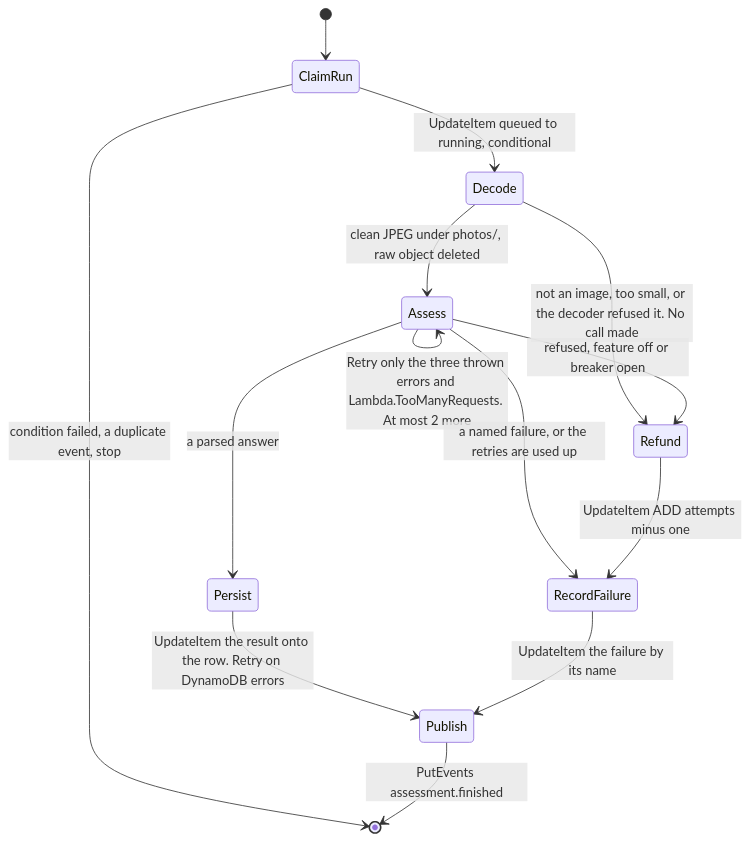
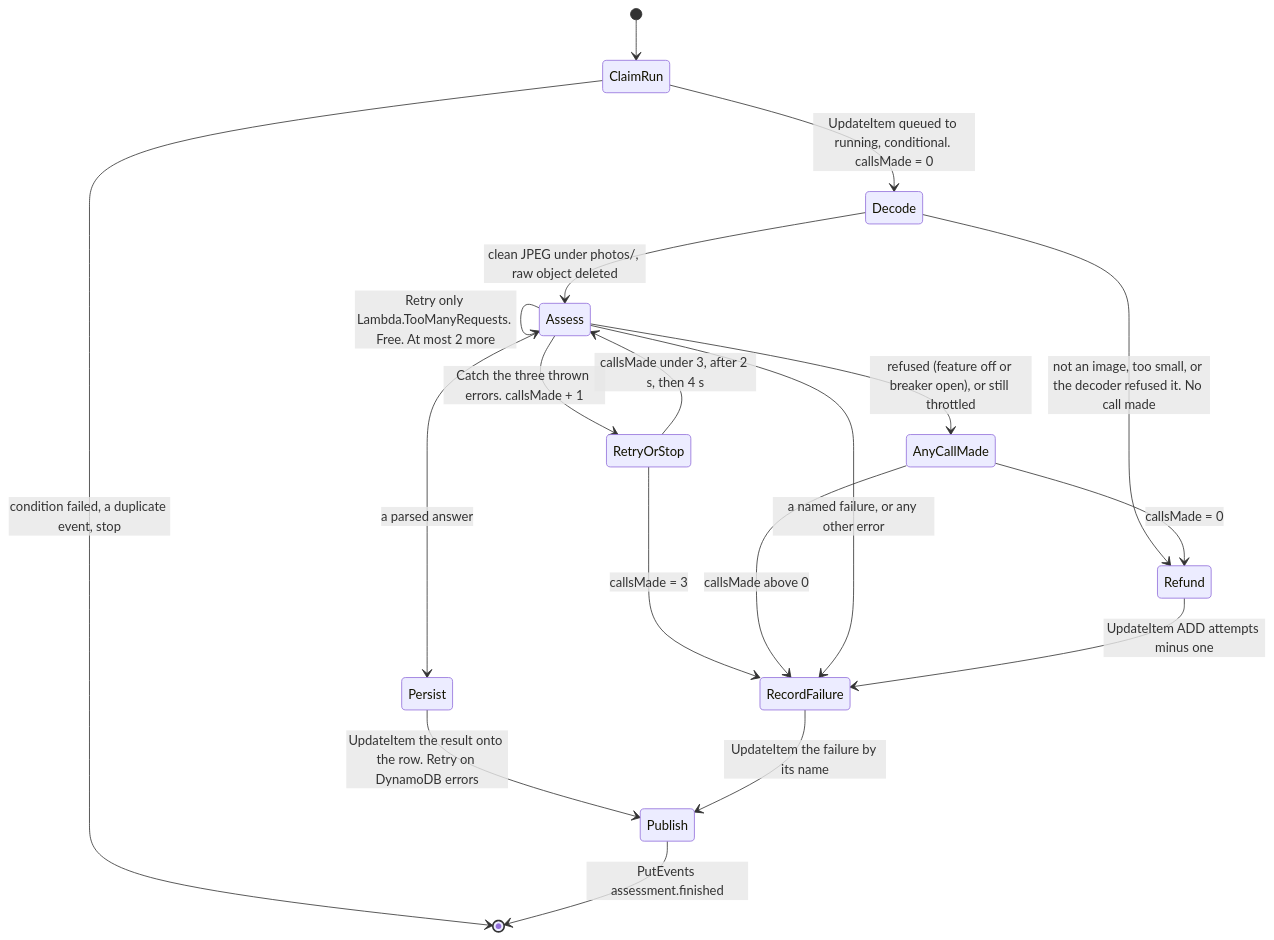
One commit to poszetkristof/zamphora changed the fourth of 5 diagrams in docs/400-architecture/08-async-options-short.md. Above: the diagram before and after it, drawn with Mermaid. The commit also changed other lines of this file and 52 other files, not shown here.

````diff
--- a/docs/400-architecture/08-async-options-short.md
+++ b/docs/400-architecture/08-async-options-short.md
@@ -163,16 +171,21 @@
 ```mermaid
 stateDiagram-v2
     [*] --> ClaimRun
-    ClaimRun --> Decode : UpdateItem queued to running, conditional
+    ClaimRun --> Decode : UpdateItem queued to running, conditional. callsMade = 0
     ClaimRun --> [*] : condition failed, a duplicate event, stop
     Decode --> Assess : clean JPEG under photos/, raw object deleted
     Decode --> Refund : not an image, too small, or the decoder refused it. No call made
-    Assess --> Assess : Retry only the three thrown errors and Lambda.TooManyRequests. At most 2 more
+    Assess --> Assess : Retry only Lambda.TooManyRequests. Free. At most 2 more
     Assess --> Persist : a parsed answer
-    Assess --> Refund : refused, feature off or breaker open
-    Assess --> RecordFailure : a named failure, or the retries are used up
+    Assess --> RetryOrStop : Catch the three thrown errors. callsMade + 1
+    RetryOrStop --> Assess : callsMade under 3, after 2 s, then 4 s
+    RetryOrStop --> RecordFailure : callsMade = 3
+    Assess --> AnyCallMade : refused (feature off or breaker open), or still throttled
+    AnyCallMade --> Refund : callsMade = 0
+    AnyCallMade --> RecordFailure : callsMade above 0
+    Assess --> RecordFailure : a named failure, or any other error
     Refund --> RecordFailure : UpdateItem ADD attempts minus one
     Persist --> Publish : UpdateItem the result onto the row. Retry on DynamoDB errors
     RecordFailure --> Publish : UpdateItem the failure by its name
     Publish --> [*] : PutEvents assessment.finished
 ```
````
